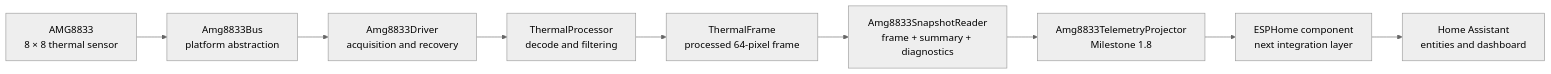
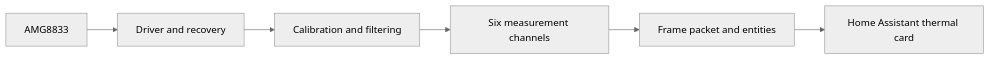
The diagram in README.md (FishKepping/LeafSense), drawn with Mermaid (neutral theme) before and after one commit. The commit also changed other lines of this file and 10 other files, not shown here.

````diff
--- a/README.md
+++ b/README.md
@@ -35,14 +44,8 @@
 ```mermaid
 flowchart LR
-    Sensor["AMG8833<br/>8 × 8 thermal sensor"]
-    Bus["Amg8833Bus<br/>platform abstraction"]
-    Driver["Amg8833Driver<br/>acquisition and recovery"]
-    Processor["ThermalProcessor<br/>decode and filtering"]
-    Frame["ThermalFrame<br/>processed 64-pixel frame"]
-    Snapshot["Amg8833SnapshotReader<br/>frame + summary + diagnostics"]
-    Telemetry["Amg8833TelemetryProjector<br/>Milestone 1.8"]
-    ESPHome["ESPHome component<br/>next integration layer"]
-    HA["Home Assistant<br/>entities and dashboard"]
-
-    Sensor --> Bus --> Driver --> Processor --> Frame --> Snapshot --> Telemetry --> ESPHome --> HA
+    Sensor["AMG8833"] --> Driver["Driver and recovery"]
+    Driver --> Process["Calibration and filtering"]
+    Process --> Channels["Six measurement channels"]
+    Channels --> Packet["Frame packet and entities"]
+    Packet --> HA["Home Assistant thermal card"]
 ```
````
